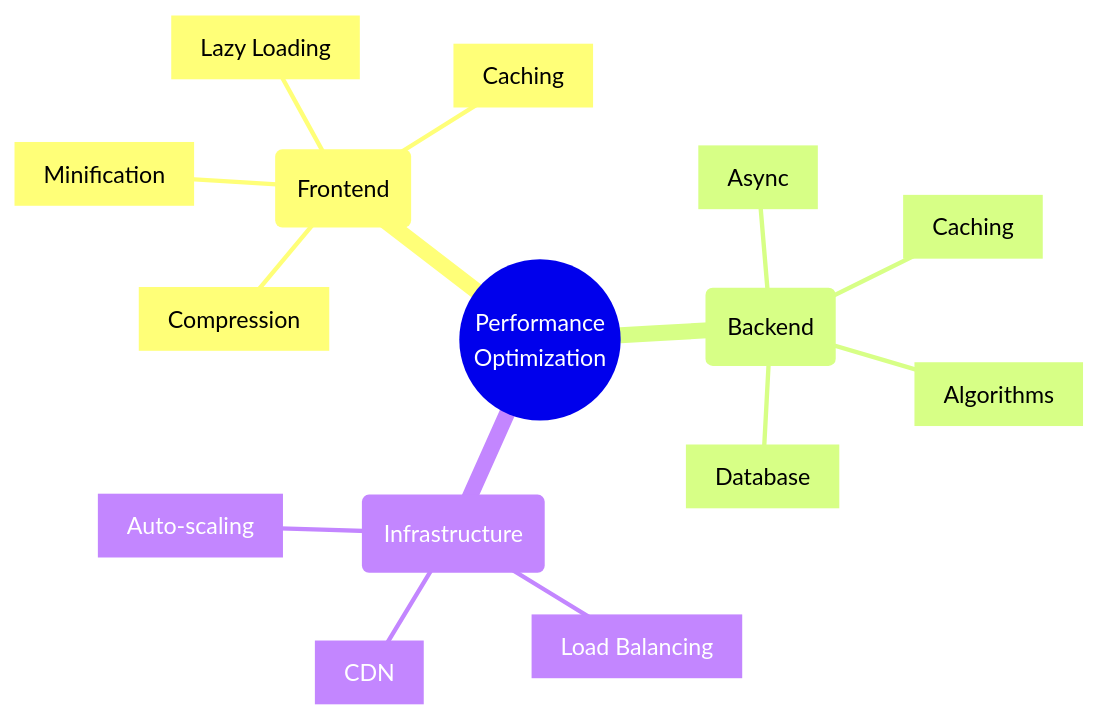
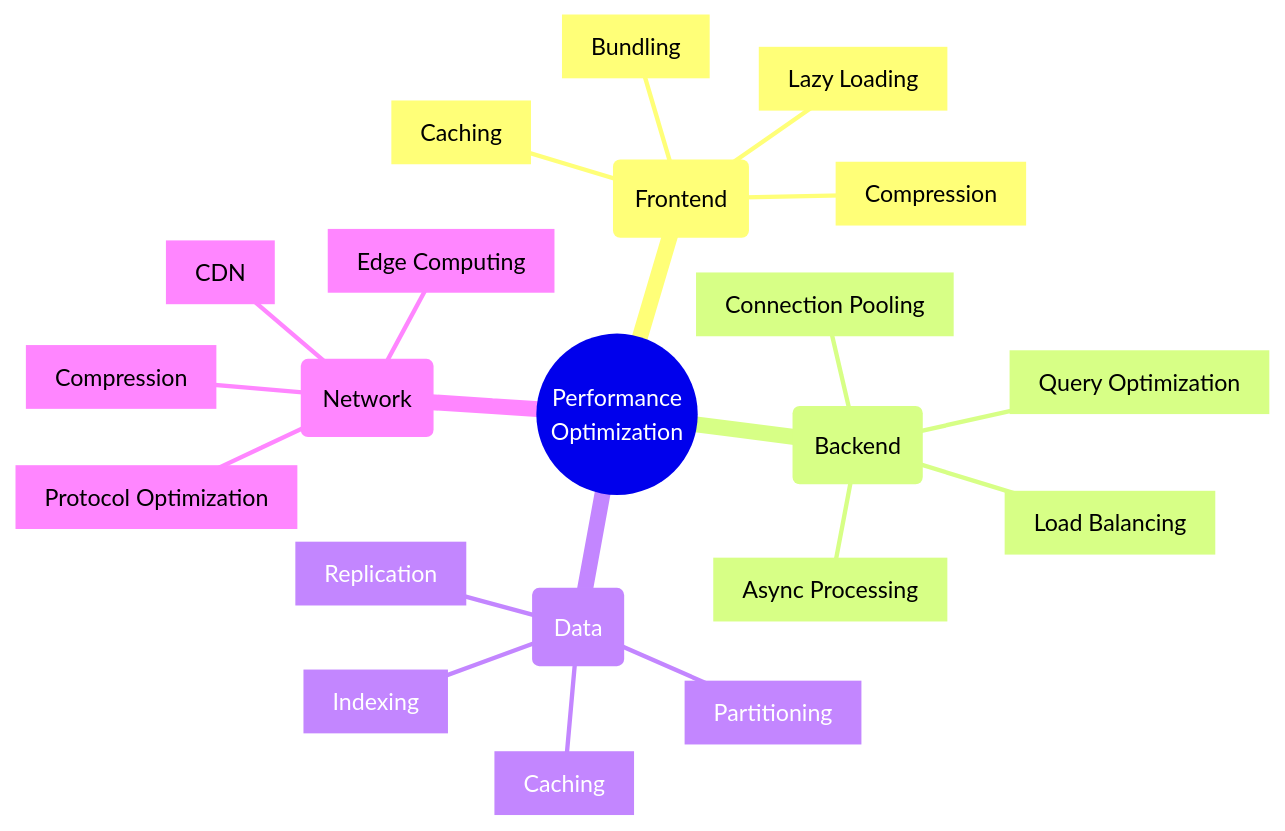
The first of 3 diagrams in src/Performance_Optimization_Techniques.md (saravanakumarrc/Architecture_Journey), drawn with Mermaid before and after one commit. The commit also changed other lines of this file and 6 other files, not shown here.

First line of the commit message:
Refactor observability documentation: streamline sections, enhance clarity, and update diagrams for better understanding of monitoring components and patterns.

````diff
--- a/src/Performance_Optimization_Techniques.md
+++ b/src/Performance_Optimization_Techniques.md
@@ -5,19 +3,25 @@
 ```mermaid
 mindmap
     root((Performance
         Optimization))
         (Frontend)
             [Caching]
-            [Minification]
+            [Bundling]
             [Lazy Loading]
             [Compression]
         (Backend)
-            [Database]
-            [Algorithms]
+            [Query Optimization]
+            [Connection Pooling]
+            [Async Processing]
+            [Load Balancing]
+        (Data)
+            [Indexing]
+            [Partitioning]
+            [Replication]
             [Caching]
-            [Async]
-        (Infrastructure)
-            [Load Balancing]
+        (Network)
             [CDN]
-            [Auto-scaling]
+            [Compression]
+            [Protocol Optimization]
+            [Edge Computing]
 ```
````
